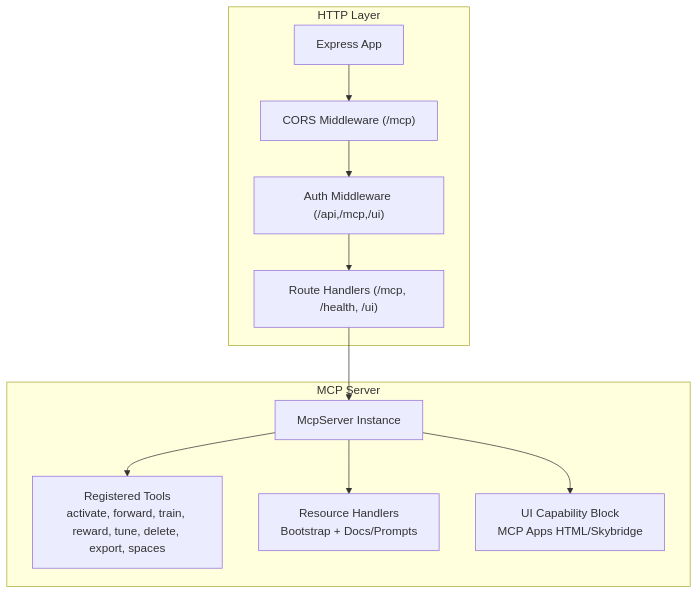
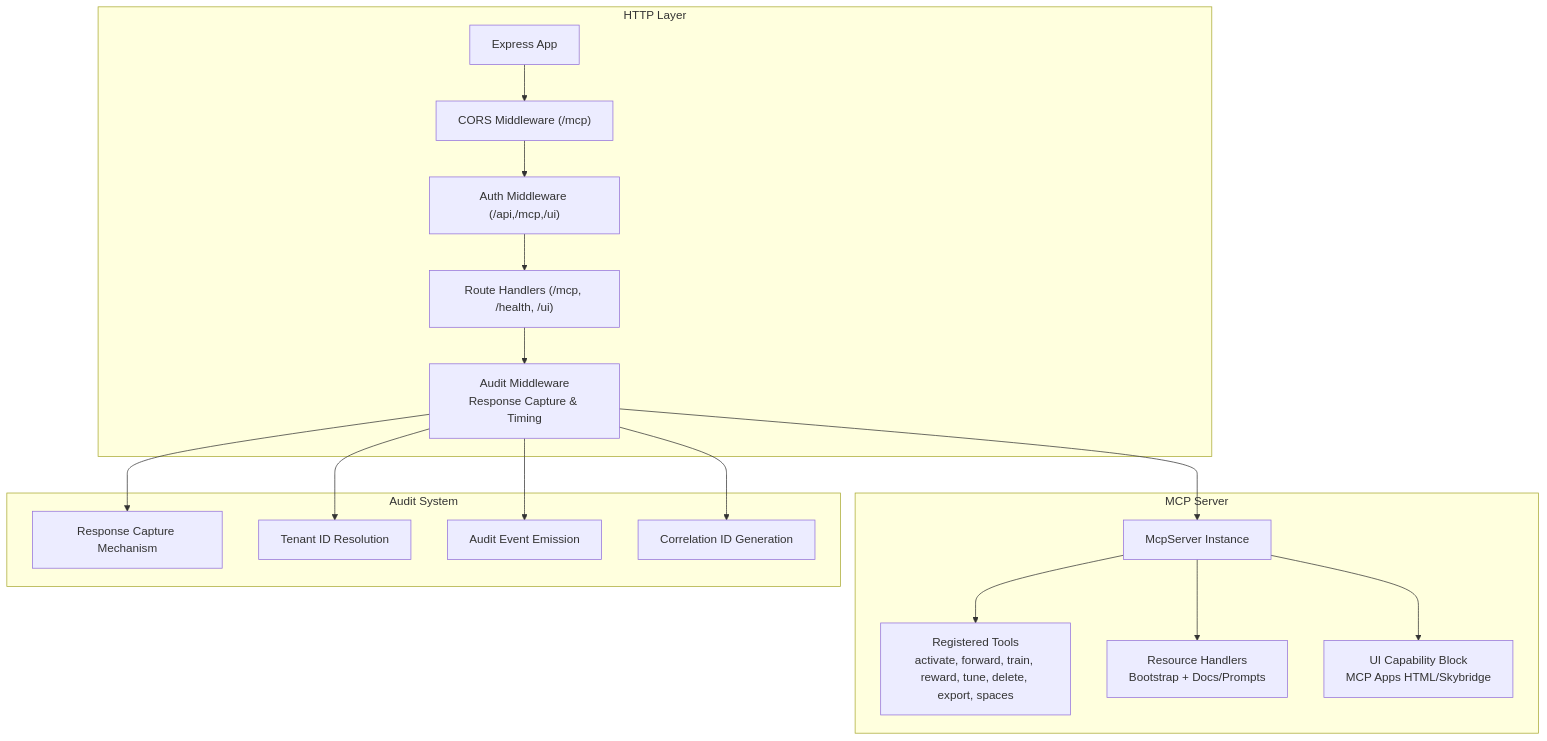
One commit to debian777/kairos-mcp changed the first of 12 diagrams in .qoder/repowiki/en/content/Architecture & Design/MCP Protocol Architecture.md. Above: the diagram before and after it, drawn with Mermaid. The commit also changed other lines of this file and 5 other files, not shown here.

First line of the commit message:
fix(audit): capture response at transport.send() level

````diff
--- a/.qoder/repowiki/en/content/Architecture & Design/MCP Protocol Architecture.md
+++ b/.qoder/repowiki/en/content/Architecture & Design/MCP Protocol Architecture.md
@@ -49,19 +54,30 @@
 ```mermaid
 graph TB
 subgraph "HTTP Layer"
 Express["Express App"]
 CORS["CORS Middleware (/mcp)"]
 Auth["Auth Middleware (/api,/mcp,/ui)"]
 Routes["Route Handlers (/mcp, /health, /ui)"]
+Audit["Audit Middleware<br/>Response Capture & Timing"]
 end
 subgraph "MCP Server"
 Server["McpServer Instance"]
 Tools["Registered Tools<br/>activate, forward, train, reward, tune, delete, export, spaces"]
 Resources["Resource Handlers<br/>Bootstrap + Docs/Prompts"]
 UI["UI Capability Block<br/>MCP Apps HTML/Skybridge"]
 end
-Express --> CORS --> Auth --> Routes --> Server
+subgraph "Audit System"
+ResponseCapture["Response Capture Mechanism"]
+TenantContext["Tenant ID Resolution"]
+AuditEvents["Audit Event Emission"]
+Correlation["Correlation ID Generation"]
+end
+Express --> CORS --> Auth --> Routes --> Audit --> Server
 Server --> Tools
 Server --> Resources
 Server --> UI
+Audit --> ResponseCapture
+Audit --> TenantContext
+Audit --> AuditEvents
+Audit --> Correlation
 ```
````
